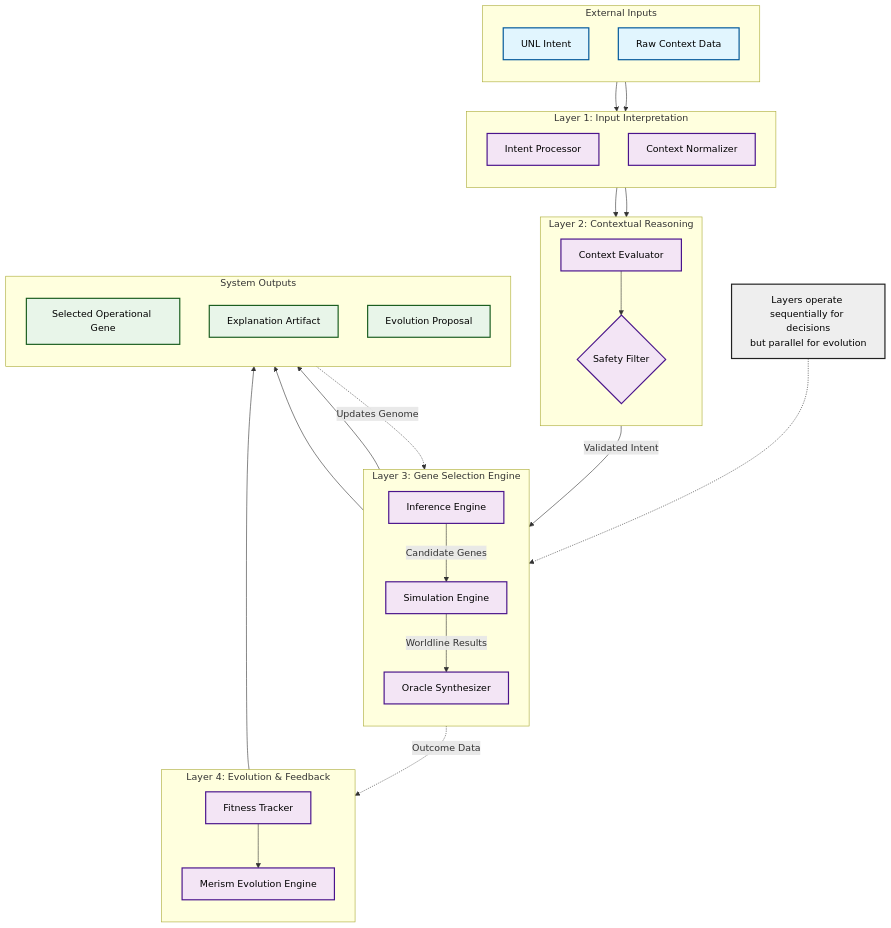
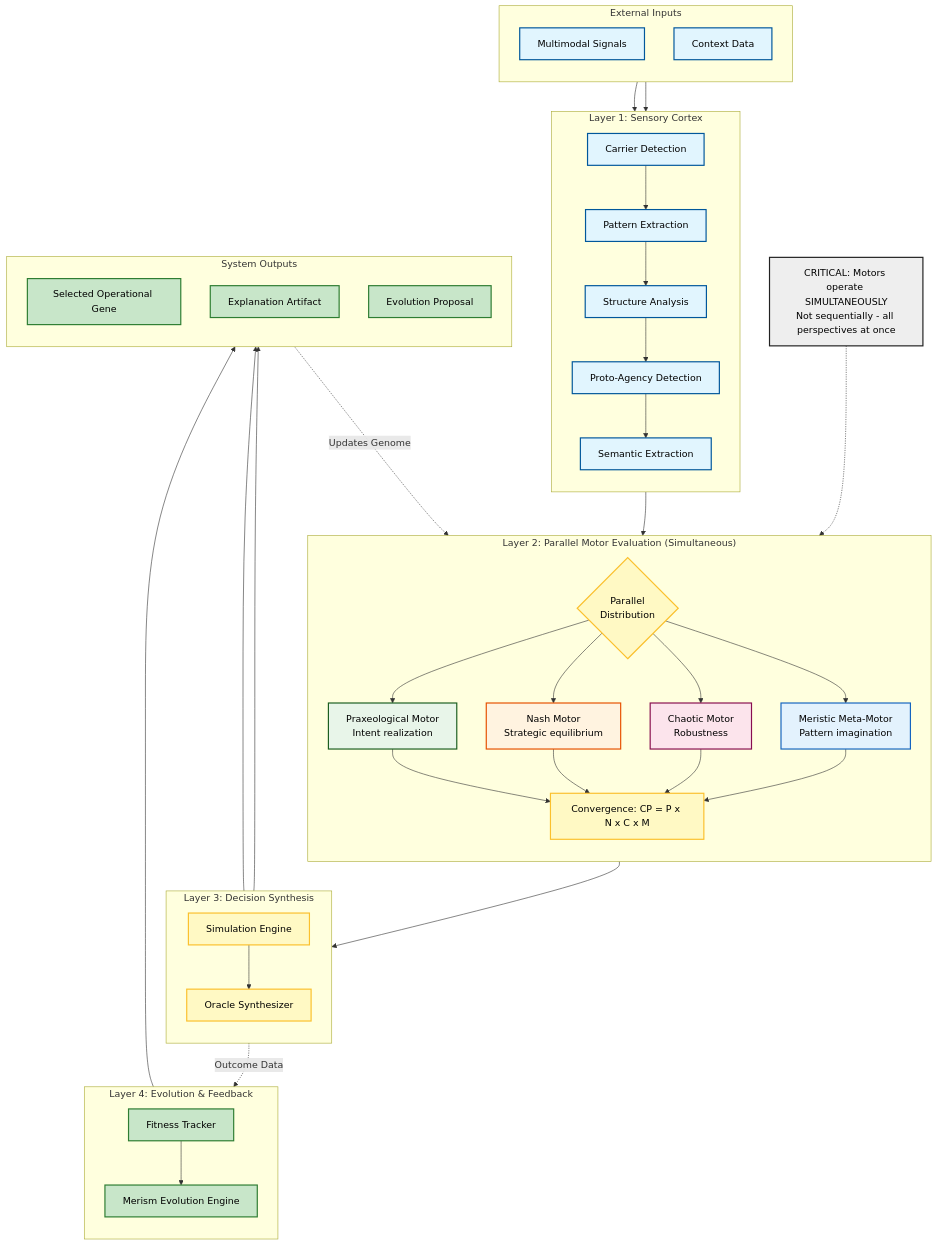
One commit to operationalgenomics/digital-genome-specs changed the diagram in diagrams/cognitive-core/architecture/cognitive-layered-architecture.mmd. Above: the diagram before and after it, drawn with Mermaid.

```diff
--- a/diagrams/cognitive-core/architecture/cognitive-layered-architecture.mmd
+++ b/diagrams/cognitive-core/architecture/cognitive-layered-architecture.mmd
@@ -1,86 +1,97 @@
 %% ==============================================================================
 %% Cognitive Layered Architecture Diagram
 %% ==============================================================================
 %% Source File:     specs/cognitive-core/specification.md
 %% Repository Path: diagrams/cognitive-core/architecture/cognitive-layered-architecture.png
-%% Description:     Visualizes the four layers of the Cognitive Core: Input
-%%                  Interpretation, Contextual Reasoning, Gene Selection, and
-%%                  Evolution & Feedback, along with inputs (UNL, Context) and
-%%                  outputs (Selected Gene, Explanation).
+%% Description:     Visualizes the layers of the Cognitive Core including the
+%%                  Sensory Cortex input, four parallel motors for evaluation,
+%%                  and evolution & feedback. Shows parallel motor processing.
 %% ==============================================================================
 
 graph TD
     %% Global Styles
-    classDef layer fill:#f3e5f5,stroke:#4a148c,stroke-width:2px,color:#000;
-    classDef input fill:#e1f5fe,stroke:#01579b,stroke-width:2px,color:#000;
-    classDef output fill:#e8f5e9,stroke:#1b5e20,stroke-width:2px,color:#000;
+    classDef sensory fill:#e1f5fe,stroke:#01579b,stroke-width:2px,color:#000;
+    classDef motor fill:#f3e5f5,stroke:#4a148c,stroke-width:2px,color:#000;
+    classDef prax fill:#e8f5e9,stroke:#1b5e20,stroke-width:2px,color:#000;
+    classDef nash fill:#fff3e0,stroke:#e65100,stroke-width:2px,color:#000;
+    classDef chaos fill:#fce4ec,stroke:#880e4f,stroke-width:2px,color:#000;
+    classDef meta fill:#e3f2fd,stroke:#1565c0,stroke-width:2px,color:#000;
+    classDef conv fill:#fff9c4,stroke:#fbc02d,stroke-width:2px,color:#000;
+    classDef output fill:#c8e6c9,stroke:#2e7d32,stroke-width:2px,color:#000;
     classDef ext fill:#eeeeee,stroke:#212121,stroke-width:2px,color:#000;
 
     %% External Inputs
-    subgraph Inputs [External Inputs]
+    subgraph Inputs ["External Inputs"]
         direction TB
-        UNL[UNL Intent]:::input
-        RawData[Raw Context Data]:::input
+        Signals[Multimodal Signals]:::sensory
+        Context[Context Data]:::sensory
     end
 
-    %% Layer 1: Input Interpretation
-    subgraph L1 ["Layer 1: Input Interpretation"]
+    %% Layer 1: Sensory Cortex
+    subgraph L1 ["Layer 1: Sensory Cortex"]
         direction TB
-        IntentProc[Intent Processor]:::layer
-        Norm[Context Normalizer]:::layer
+        Carrier[Carrier Detection]:::sensory
+        Pattern[Pattern Extraction]:::sensory
+        Structure[Structure Analysis]:::sensory
+        ProtoAgency[Proto-Agency Detection]:::sensory
+        Semantics[Semantic Extraction]:::sensory
         
-        UNL --> IntentProc
-        RawData --> Norm
+        Signals --> Carrier --> Pattern --> Structure --> ProtoAgency --> Semantics
+        Context --> Structure
     end
 
-    %% Layer 2: Contextual Reasoning
-    subgraph L2 ["Layer 2: Contextual Reasoning"]
+    %% Layer 2: Parallel Motor Evaluation
+    subgraph L2 ["Layer 2: Parallel Motor Evaluation (Simultaneous)"]
         direction TB
-        ContextEval[Context Evaluator]:::layer
-        SafetyFilter{Safety Filter}:::layer
         
-        Norm --> ContextEval
-        IntentProc --> SafetyFilter
-        ContextEval --> SafetyFilter
+        Dist{Parallel<br/>Distribution}:::conv
+        Semantics --> Dist
+        
+        Prax[Praxeological Motor<br/>Intent realization]:::prax
+        Nash[Nash Motor<br/>Strategic equilibrium]:::nash
+        Chaos[Chaotic Motor<br/>Robustness]:::chaos
+        Meta[Meristic Meta-Motor<br/>Pattern imagination]:::meta
+        
+        Dist --> Prax & Nash & Chaos & Meta
+        
+        Conv[Convergence: CP = P x N x C x M]:::conv
+        Prax & Nash & Chaos & Meta --> Conv
     end
 
-    %% Layer 3: Gene Selection
-    subgraph L3 ["Layer 3: Gene Selection Engine"]
+    %% Layer 3: Decision Synthesis
+    subgraph L3 ["Layer 3: Decision Synthesis"]
         direction TB
-        Inference[Inference Engine]:::layer
-        Sim[Simulation Engine]:::layer
-        Oracle[Oracle Synthesizer]:::layer
+        Oracle[Oracle Synthesizer]:::conv
+        Sim[Simulation Engine]:::conv
         
-        SafetyFilter -->|Validated Intent| Inference
-        Inference -->|Candidate Genes| Sim
-        Sim -->|Worldline Results| Oracle
+        Conv --> Sim --> Oracle
     end
 
     %% Layer 4: Evolution & Feedback
     subgraph L4 ["Layer 4: Evolution & Feedback"]
         direction TB
-        Merism[Merism Evolution Engine]:::layer
-        Fitness[Fitness Tracker]:::layer
+        Merism[Merism Evolution Engine]:::output
+        Fitness[Fitness Tracker]:::output
         
         Oracle -.->|Outcome Data| Fitness
         Fitness --> Merism
     end
 
     %% Outputs
-    subgraph Outputs [System Outputs]
+    subgraph Outputs ["System Outputs"]
         direction TB
         Gene[Selected Operational Gene]:::output
         Explain[Explanation Artifact]:::output
         Evolution[Evolution Proposal]:::output
     end
 
     %% Flow Connections
     Oracle --> Gene
     Oracle --> Explain
     Merism --> Evolution
 
     %% Feedback Loop
-    Evolution -.->|Updates Genome| Inference
+    Evolution -.->|Updates Genome| L2
 
     %% Annotations
-    note1["Layers operate sequentially for decisions<br/>but parallel for evolution"]:::ext -.-> L3
+    note1["CRITICAL: Motors operate SIMULTANEOUSLY<br/>Not sequentially - all perspectives at once"]:::ext -.-> L2
```
